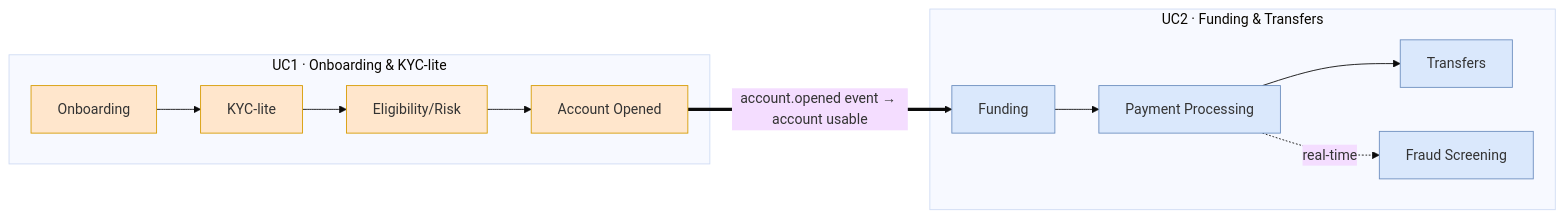
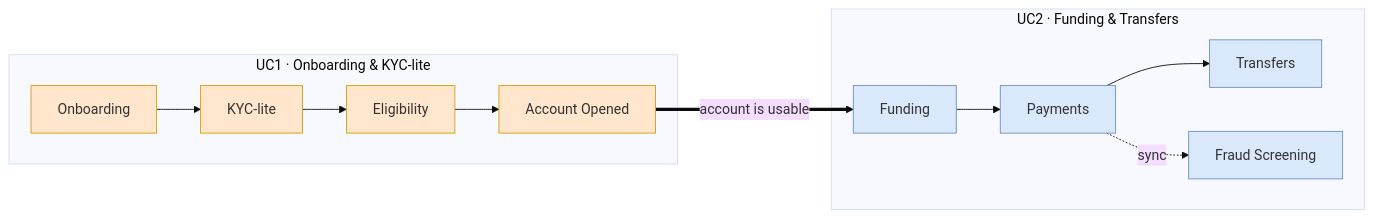
Before and after one commit to nisnym/project2: the diagram in README.md, drawn with Mermaid (base theme). The commit also changed other lines of this file and 18 other files, not shown here.

````diff
--- a/README.md
+++ b/README.md
@@ -82,15 +75,15 @@
 ```mermaid
 flowchart LR
   subgraph UC1["UC1 · Onboarding & KYC-lite"]
-    ON[Onboarding] --> KY[KYC-lite] --> EL[Eligibility/Risk] --> AC[Account Opened]
+    ON[Onboarding] --> KY[KYC-lite] --> EL[Eligibility] --> AC[Account Opened]
   end
   subgraph UC2["UC2 · Funding & Transfers"]
-    FU[Funding] --> PP[Payment Processing] --> TR[Transfers]
-    PP -. real-time .-> FR[Fraud Screening]
+    FU[Funding] --> PP[Payments] --> TR[Transfers]
+    PP -. sync .-> FR[Fraud Screening]
   end
-  AC ==>|account.opened event → account usable| FU
+  AC ==>|account is usable| FU
   classDef uc1 fill:#ffe6cc,stroke:#d79b00;
   classDef uc2 fill:#dae8fc,stroke:#6c8ebf;
   class ON,KY,EL,AC uc1;
   class FU,PP,TR,FR uc2;
 ```
````
